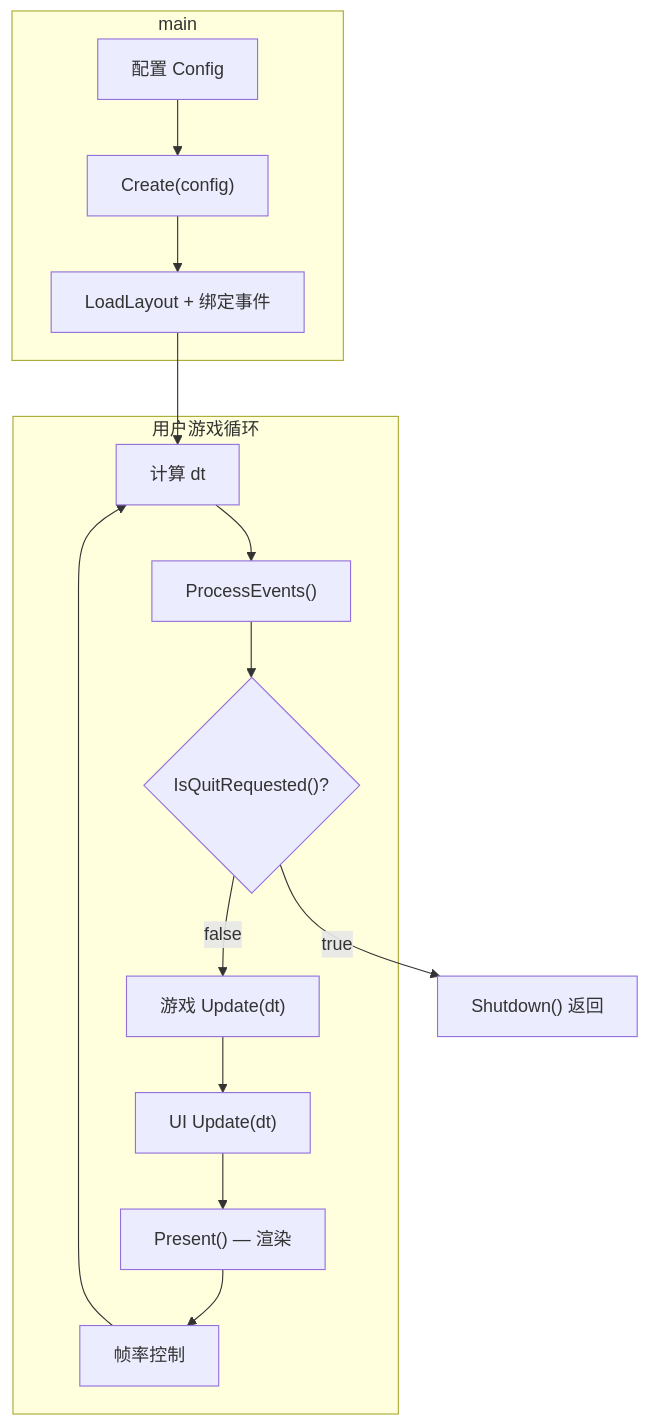
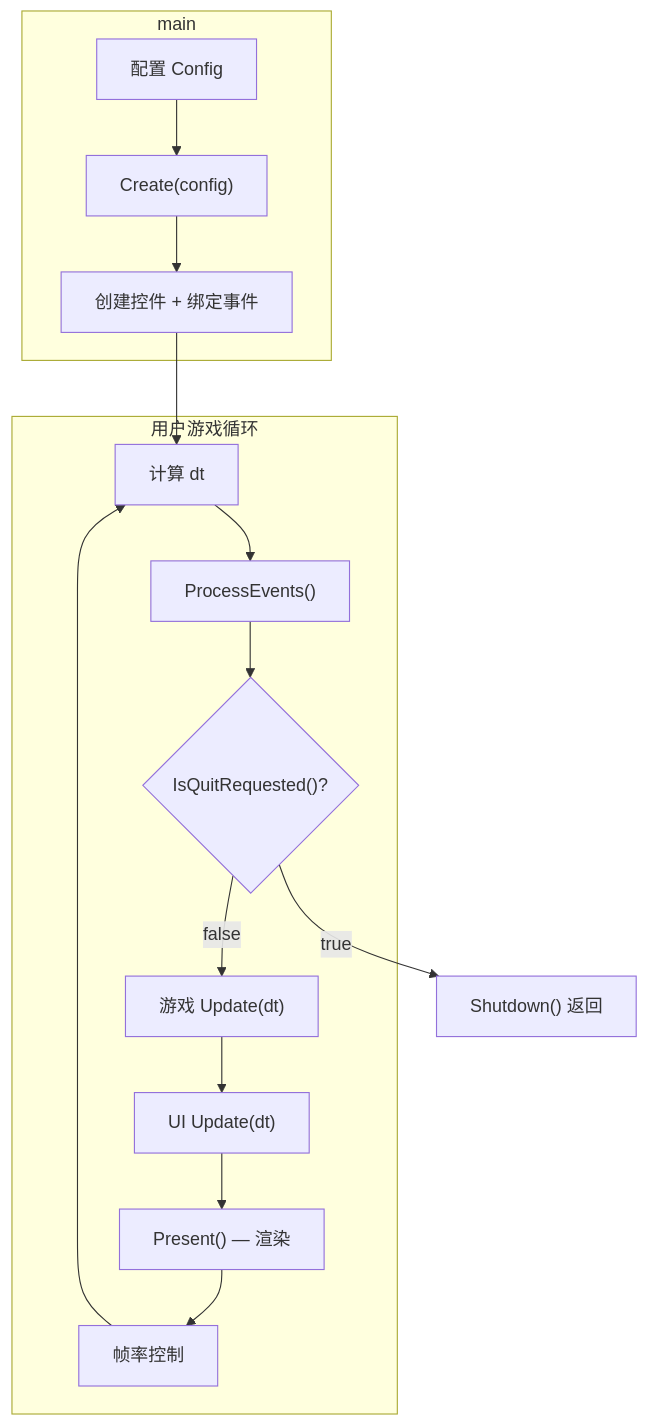
The sixth of 6 diagrams in doc/CppBinding_Design.md (SeaOceanLiu/UIControls), drawn with Mermaid before and after one commit. The commit also changed other lines of this file and 79 other files, not shown here.

````diff
--- a/doc/CppBinding_Design.md
+++ b/doc/CppBinding_Design.md
@@ -1373,25 +1417,25 @@
 ```mermaid
 flowchart TB
     subgraph main
         C1["配置 Config"]
         C2["Create(config)"]
-        C3["LoadLayout + 绑定事件"]
+        C3["创建控件 + 绑定事件"]
     end
 
     subgraph 用户游戏循环
         L1["计算 dt"]
         L2["ProcessEvents()"]
         L3{"IsQuitRequested()?"}
         L4["游戏 Update(dt)"]
         L5["UI Update(dt)"]
         L6["Present() — 渲染"]
         L7["帧率控制"]
     end
 
     C1 --> C2 --> C3
 
     C3 --> L1 --> L2 --> L3
     L3 -->|"false"| L4 --> L5 --> L6 --> L7
     L7 --> L1
     L3 -->|"true"| E["Shutdown() 返回"]
 ```
````
